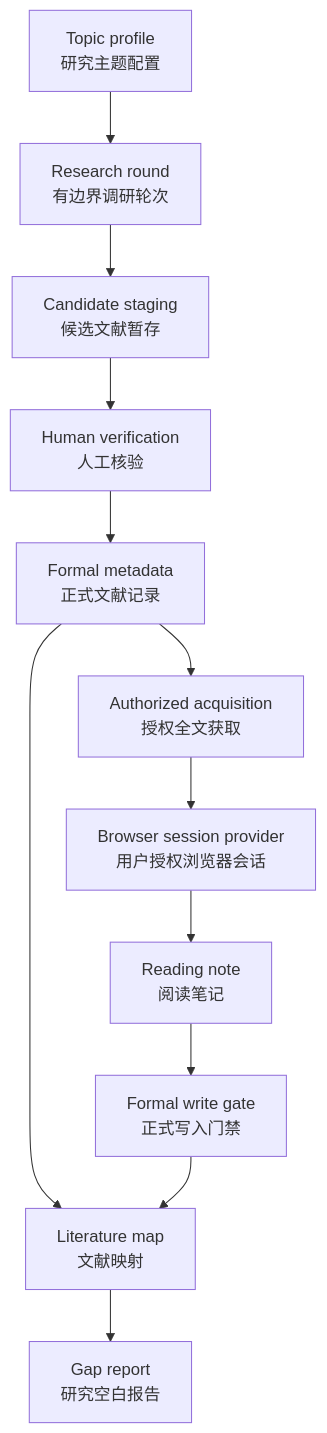
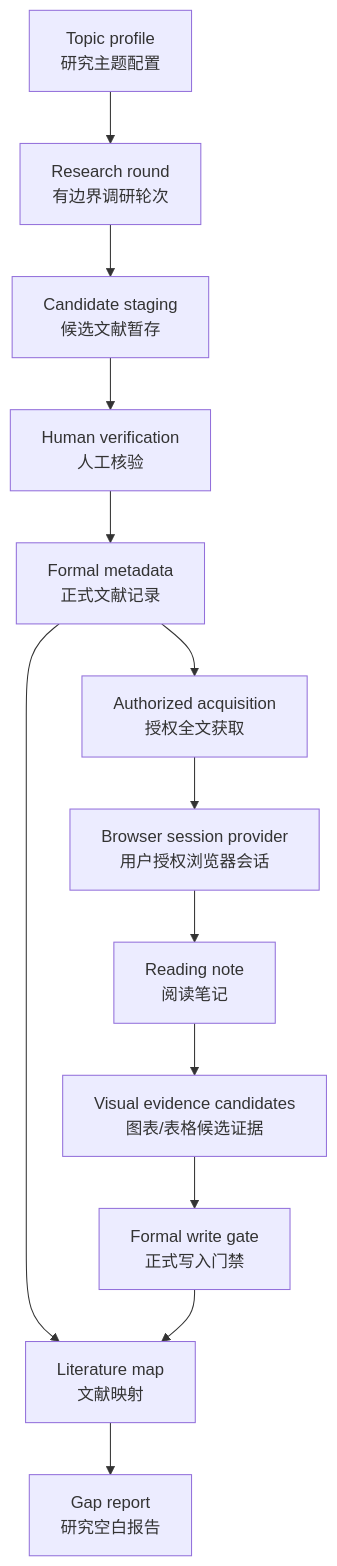
Before and after one commit to sakur0zxy/RSA: the diagram in README.md, drawn with Mermaid. The commit also changed other lines of this file and 14 other files, not shown here.

Commit message:
feat(08.1): add visual evidence extraction

````diff
--- a/README.md
+++ b/README.md
@@ -45,14 +46,15 @@
 ```mermaid
 flowchart TD
   A["Topic profile<br/>研究主题配置"] --> B["Research round<br/>有边界调研轮次"]
   B --> C["Candidate staging<br/>候选文献暂存"]
   C --> D["Human verification<br/>人工核验"]
   D --> E["Formal metadata<br/>正式文献记录"]
   E --> F["Authorized acquisition<br/>授权全文获取"]
   F --> F2["Browser session provider<br/>用户授权浏览器会话"]
   F2 --> G["Reading note<br/>阅读笔记"]
+  G --> V["Visual evidence candidates<br/>图表/表格候选证据"]
   E --> H["Literature map<br/>文献映射"]
-  G --> I["Formal write gate<br/>正式写入门禁"]
+  V --> I["Formal write gate<br/>正式写入门禁"]
   H --> J["Gap report<br/>研究空白报告"]
   I --> H
 ```
````
